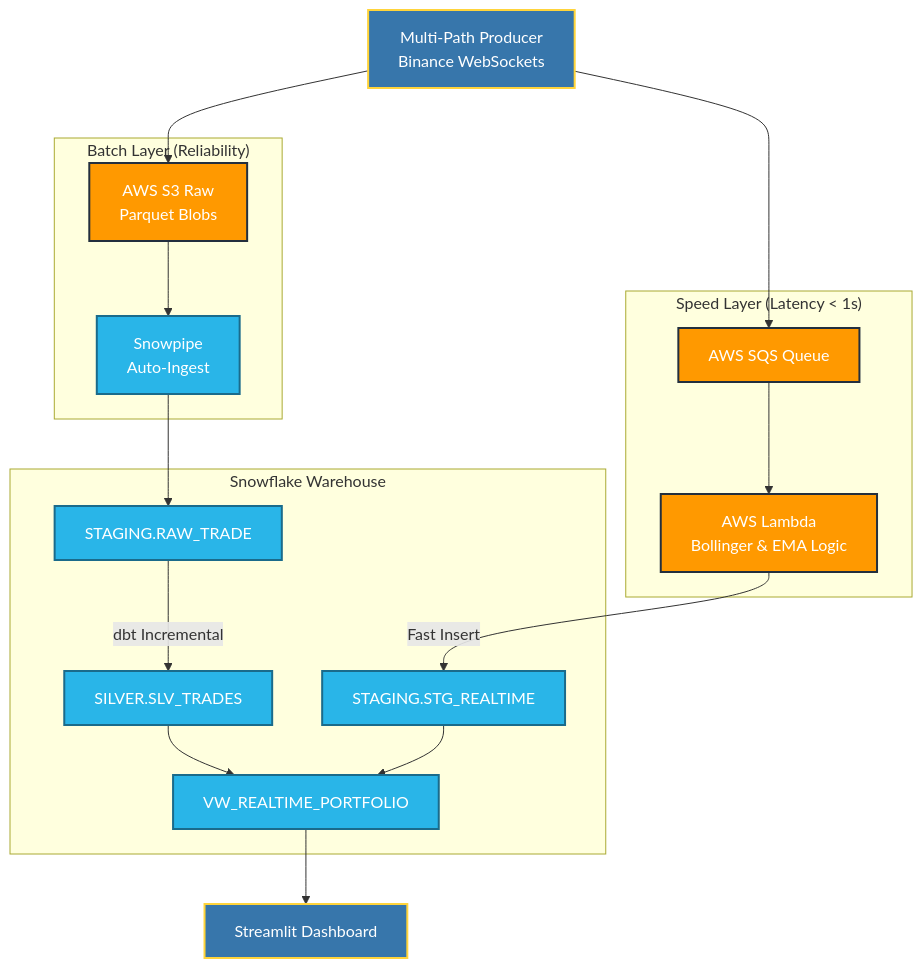
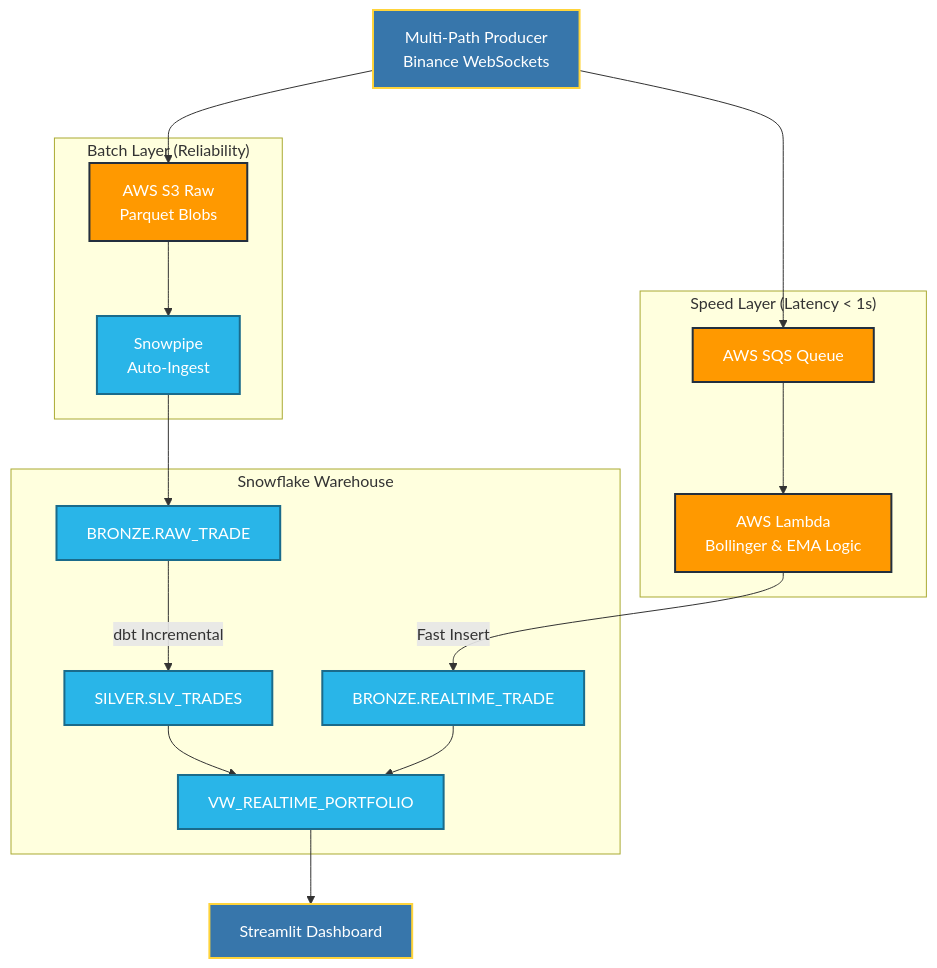
Before and after one commit to michael-alpinedata/alpine-lambda-trade: the diagram in README.md, drawn with Mermaid. The commit also changed 4 other files, not shown here.

Commit message:
chore: update makefile, config, and utility scripts for new schemas

````diff
--- a/README.md
+++ b/README.md
@@ -13,36 +13,36 @@
 ```mermaid
 graph TD
     classDef aws fill:#FF9900,stroke:#232F3E,stroke-width:2px,color:white;
     classDef sf fill:#29B5E8,stroke:#1A6B8B,stroke-width:2px,color:white;
     classDef python fill:#3776AB,stroke:#FFD43B,stroke-width:2px,color:white;
     
     PROD[Multi-Path Producer<br/>Binance WebSockets]:::python
 
     subgraph "Speed Layer (Latency < 1s)"
         SQS[AWS SQS Queue]:::aws
         L[AWS Lambda<br/>Bollinger & EMA Logic]:::aws
     end
 
     subgraph "Batch Layer (Reliability)"
         S3[AWS S3 Raw<br/>Parquet Blobs]:::aws
         SP[Snowpipe<br/>Auto-Ingest]:::sf
     end
     
     subgraph "Snowflake Warehouse"
-        SG_RAW[STAGING.RAW_TRADE]:::sf
+        SG_RAW[BRONZE.RAW_TRADE]:::sf
         SL[SILVER.SLV_TRADES]:::sf
-        SG_RT[STAGING.STG_REALTIME]:::sf
+        SG_RT[BRONZE.REALTIME_TRADE]:::sf
         VW[VW_REALTIME_PORTFOLIO]:::sf
     end
     
     PROD --> SQS
     SQS --> L
     PROD --> S3
     S3 --> SP
     SP --> SG_RAW
     SG_RAW -- "dbt Incremental" --> SL
     L -- "Fast Insert" --> SG_RT
     SL --> VW
     SG_RT --> VW
     VW --> SM[Streamlit Dashboard]:::python
 ```
````
